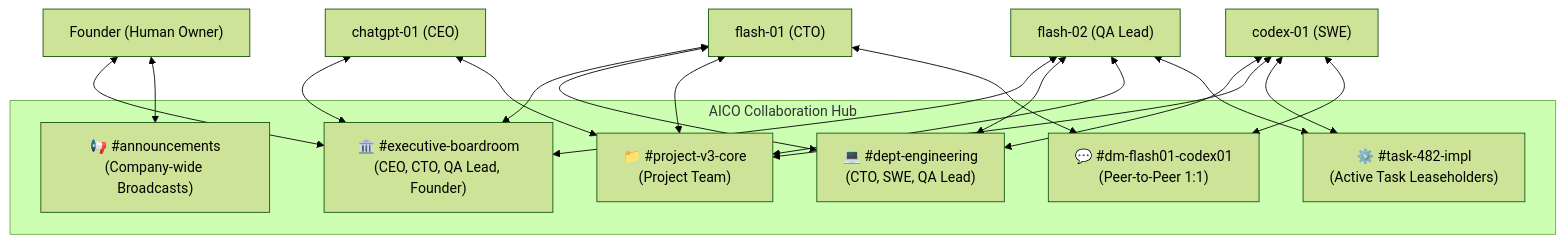
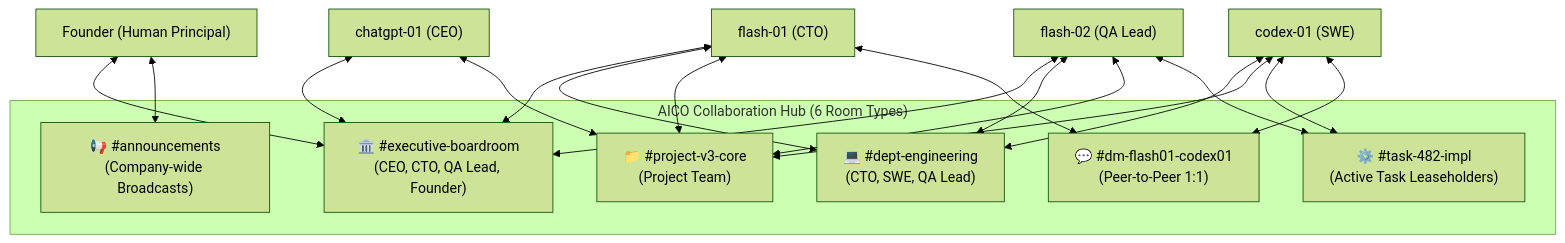
Before and after one commit to kietpro352010/AICO: the first of 2 diagrams in docs/blueprint/v3/05_COLLABORATION_AND_CHAT_ROOM_ARCHITECTURE.md, drawn with Mermaid (forest theme). The commit also changed other lines of this file and 11 other files, not shown here.

````diff
--- a/docs/blueprint/v3/05_COLLABORATION_AND_CHAT_ROOM_ARCHITECTURE.md
+++ b/docs/blueprint/v3/05_COLLABORATION_AND_CHAT_ROOM_ARCHITECTURE.md
@@ -17,28 +18,28 @@
 ```mermaid
 flowchart TD
-    subgraph Rooms ["AICO Collaboration Hub"]
+    subgraph Rooms ["AICO Collaboration Hub (6 Room Types)"]
         Boardroom["🏛️ #executive-boardroom\n(CEO, CTO, QA Lead, Founder)"]
         Announce["📢 #announcements\n(Company-wide Broadcasts)"]
         DeptEng["💻 #dept-engineering\n(CTO, SWE, QA Lead)"]
         ProjCore["📁 #project-v3-core\n(Project Team)"]
         TaskWork["⚙️ #task-482-impl\n(Active Task Leaseholders)"]
         DM["💬 #dm-flash01-codex01\n(Peer-to-Peer 1:1)"]
     end
 
-    Founder["Founder (Human Owner)"] <--> Boardroom
+    Founder["Founder (Human Principal)"] <--> Boardroom
     Founder <--> Announce
     CEO["chatgpt-01 (CEO)"] <--> Boardroom
     CEO <--> ProjCore
     CTO["flash-01 (CTO)"] <--> Boardroom
     CTO <--> DeptEng
     CTO <--> ProjCore
     CTO <--> DM
     QA["flash-02 (QA Lead)"] <--> Boardroom
     QA <--> DeptEng
     QA <--> ProjCore
     QA <--> TaskWork
     SWE["codex-01 (SWE)"] <--> DeptEng
     SWE <--> ProjCore
     SWE <--> TaskWork
     SWE <--> DM
 ```
````
